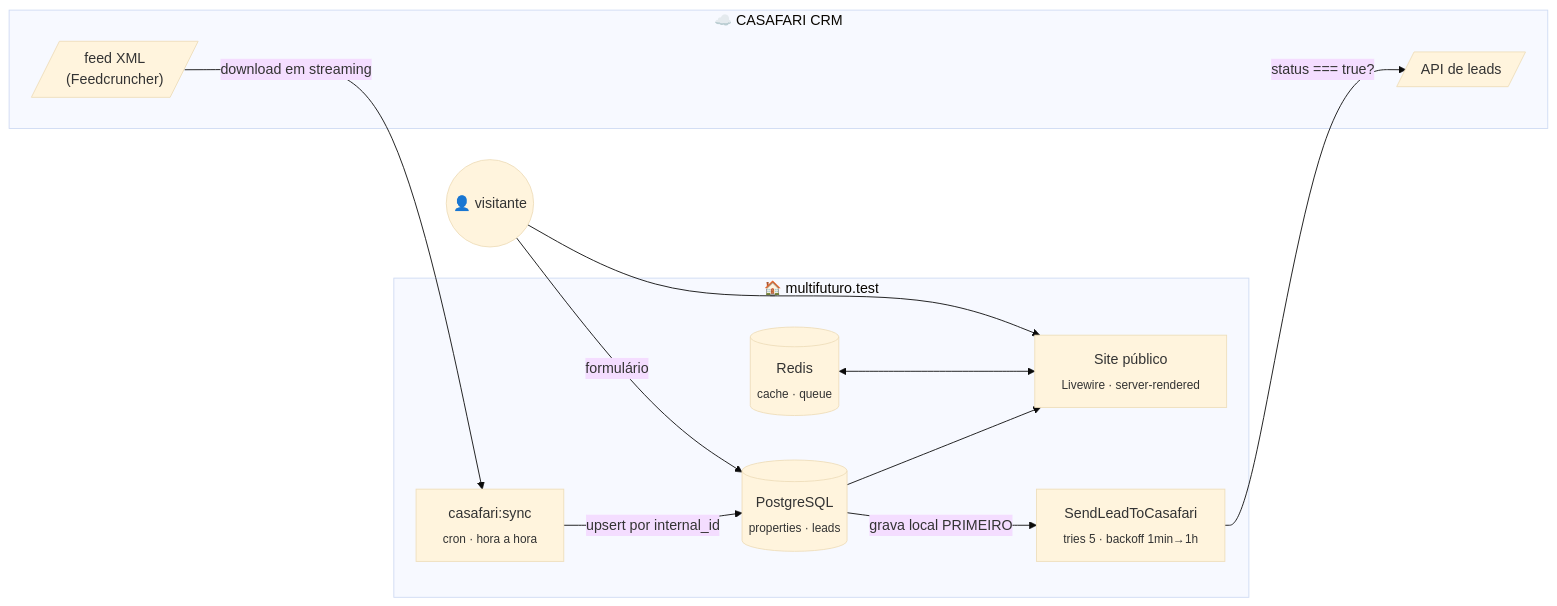
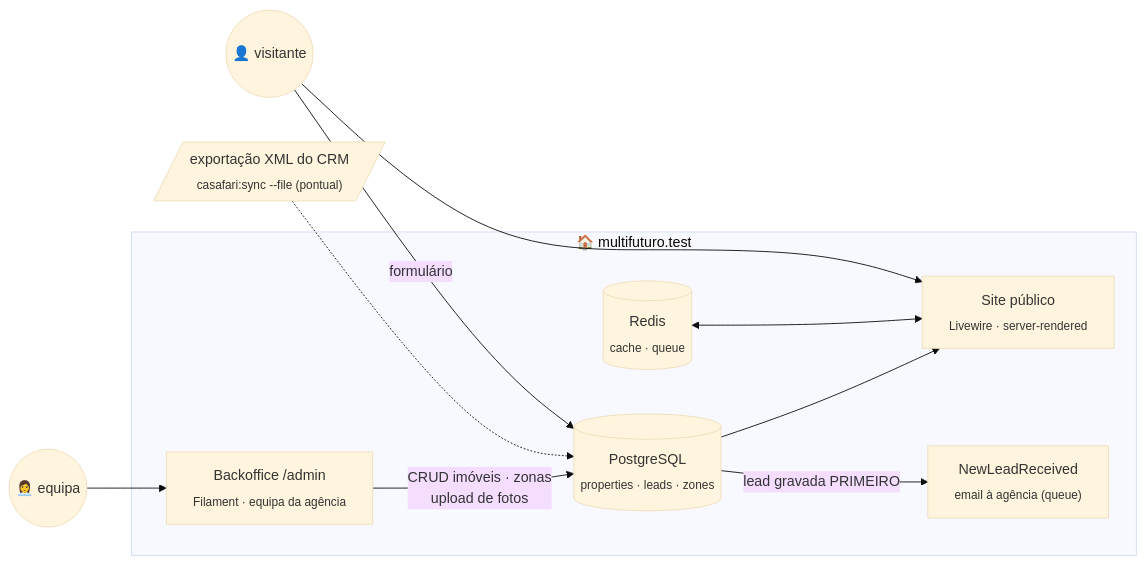
Before and after one commit to Davide5fonseca/Multifuturo: the diagram in README.md, drawn with Mermaid (base theme). The commit also changed other lines of this file and 71 other files, not shown here.

First line of the commit message:
Backoffice: painel de gestão em /admin (Filament 4) substitui o CRM

````diff
--- a/README.md
+++ b/README.md
@@ -41,26 +43,24 @@
 ```mermaid
 flowchart LR
-    subgraph CRM["☁️ CASAFARI CRM"]
-        FEED[/"feed XML<br>(Feedcruncher)"/]
-        API[/"API de leads"/]
+    subgraph APP["🏠 multifuturo.test"]
+        BO["Backoffice /admin<br><sub>Filament · equipa da agência</sub>"]
+        DB[("PostgreSQL<br><sub>properties · leads · zones</sub>")]
+        CACHE[("Redis<br><sub>cache · queue</sub>")]
+        SITE["Site público<br><sub>Livewire · server-rendered</sub>"]
+        MAIL["NewLeadReceived<br><sub>email à agência (queue)</sub>"]
     end
 
-    subgraph APP["🏠 multifuturo.test"]
-        SYNC["casafari:sync<br><sub>cron · hora a hora</sub>"]
-        DB[("PostgreSQL<br><sub>properties · leads</sub>")]
-        CACHE[("Redis<br><sub>cache · queue</sub>")]
-        SITE["Site público<br><sub>Livewire · server-rendered</sub>"]
-        JOB["SendLeadToCasafari<br><sub>tries 5 · backoff 1min→1h</sub>"]
-    end
+    E(("👩‍💼 equipa"))
+    V(("👤 visitante"))
+    X[/"exportação XML do CRM<br><sub>casafari:sync --file (pontual)</sub>"/]
 
-    V(("👤 visitante"))
-
-    FEED -->|"download em streaming"| SYNC
-    SYNC -->|"upsert por internal_id"| DB
+    E --> BO
+    BO -->|"CRUD imóveis · zonas<br>upload de fotos"| DB
+    X -.-> DB
     DB --> SITE
     CACHE <--> SITE
     V --> SITE
     V -->|"formulário"| DB
-    DB -->|"grava local PRIMEIRO"| JOB
-    JOB -->|"status === true?"| API
+    DB -->|"lead gravada PRIMEIRO"| MAIL
+
 ```
````
